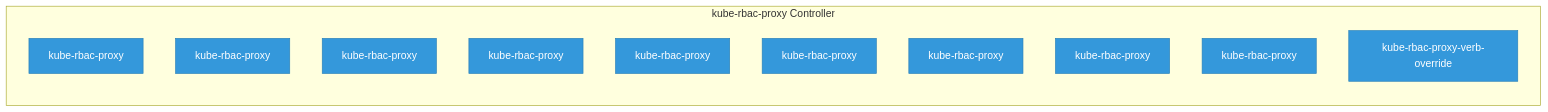
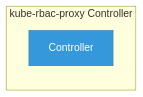
The diagram in site/docs/rhoai-platform/components/kube_rbac_proxy/index.md (ugiordan/architecture-analyzer), drawn with Mermaid before and after one commit. The commit also changed other lines of this file and 299 other files, not shown here.

````diff
--- a/site/docs/rhoai-platform/components/kube_rbac_proxy/index.md
+++ b/site/docs/rhoai-platform/components/kube_rbac_proxy/index.md
@@ -25,33 +25,15 @@
 ```mermaid
 graph LR
     %% Component architecture for kube-rbac-proxy
 
     classDef crd fill:#e74c3c,stroke:#c0392b,color:#fff
     classDef controller fill:#3498db,stroke:#2980b9,color:#fff
     classDef owned fill:#2ecc71,stroke:#27ae60,color:#fff
     classDef external fill:#95a5a6,stroke:#7f8c8d,color:#fff
     classDef dep fill:#f39c12,stroke:#e67e22,color:#fff
 
     subgraph controller["kube-rbac-proxy Controller"]
-        dep_1["kube-rbac-proxy"]
-        class dep_1 controller
-        dep_2["kube-rbac-proxy"]
-        class dep_2 controller
-        dep_3["kube-rbac-proxy"]
-        class dep_3 controller
-        dep_4["kube-rbac-proxy"]
-        class dep_4 controller
-        dep_5["kube-rbac-proxy"]
-        class dep_5 controller
-        dep_6["kube-rbac-proxy"]
-        class dep_6 controller
-        dep_7["kube-rbac-proxy"]
-        class dep_7 controller
-        dep_8["kube-rbac-proxy"]
-        class dep_8 controller
-        dep_9["kube-rbac-proxy"]
-        class dep_9 controller
-        dep_10["kube-rbac-proxy-verb-override"]
-        class dep_10 controller
+        ctrl_1["Controller"]
+        class ctrl_1 controller
     end
 ```
````
